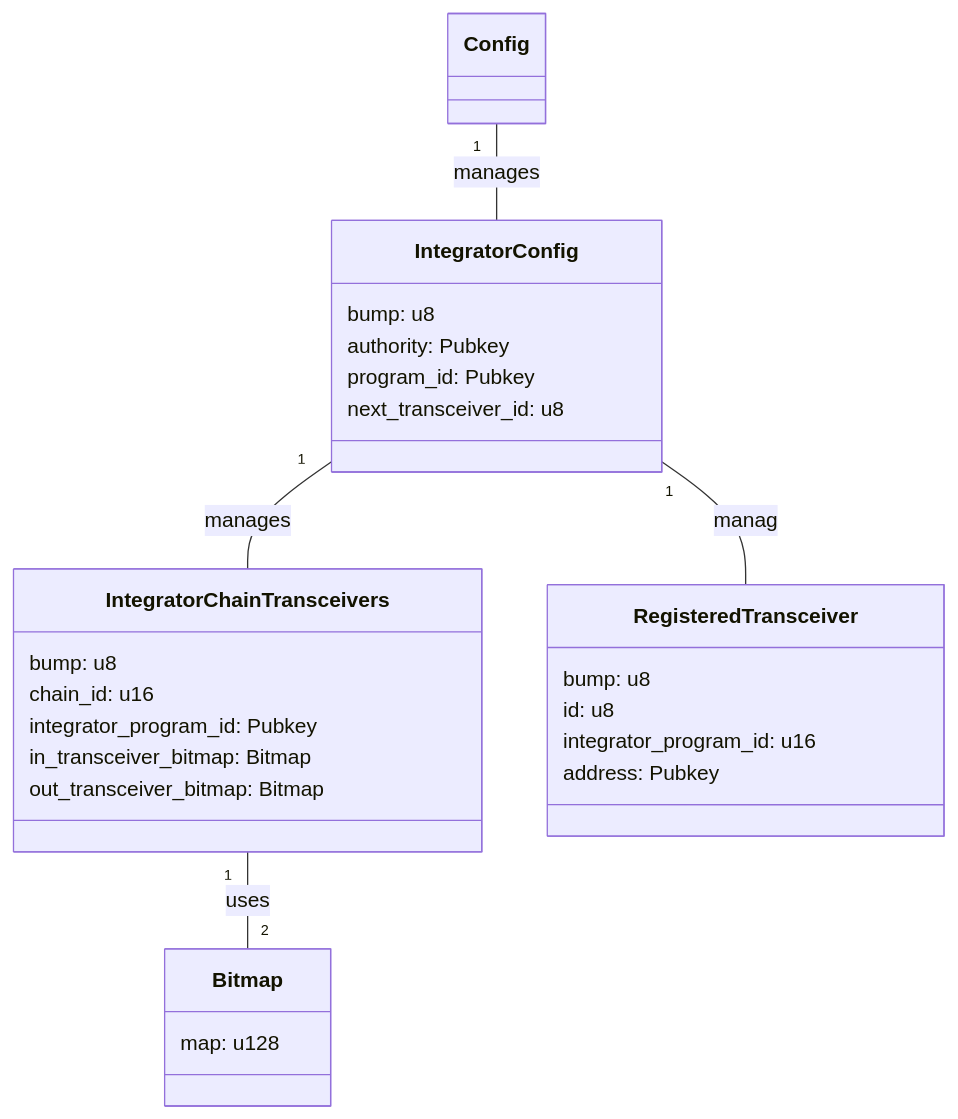
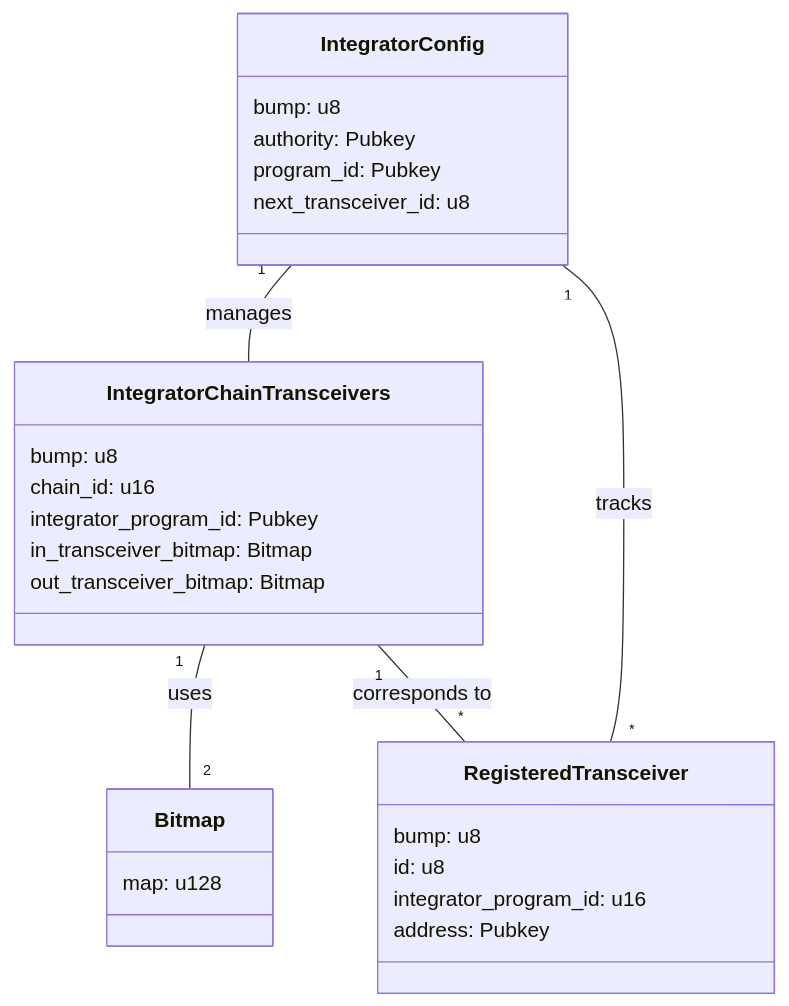
One commit to wormholelabs-xyz/example-messaging-endpoint changed the diagram in svm/programs/router/README.md. Above: the diagram before and after it, drawn with Mermaid. The commit also changed other lines of this file and 1 other file, not shown here.

````diff
--- a/svm/programs/router/README.md
+++ b/svm/programs/router/README.md
@@ -5,33 +5,33 @@
 ```mermaid
 classDiagram
     class IntegratorConfig {
         bump: u8
         authority: Pubkey
         program_id: Pubkey
         next_transceiver_id: u8
     }
 
     class IntegratorChainTransceivers {
         bump: u8
         chain_id: u16
         integrator_program_id: Pubkey
         in_transceiver_bitmap: Bitmap
         out_transceiver_bitmap: Bitmap
     }
 
     class RegisteredTransceiver {
         bump: u8
         id: u8
         integrator_program_id: u16
         address: Pubkey
     }
 
     class Bitmap {
         map: u128
     }
 
-   Config "1" -- "" IntegratorConfig : manages
    IntegratorConfig "1" -- "" IntegratorChainTransceivers : manages
    IntegratorChainTransceivers "1" -- "2" Bitmap : uses
-   IntegratorConfig "1" -- "" RegisteredTransceiver : manag
+   IntegratorConfig "1" -- "*" RegisteredTransceiver : tracks
+   IntegratorChainTransceivers "1" -- "*" RegisteredTransceiver : corresponds to
 ```
````
